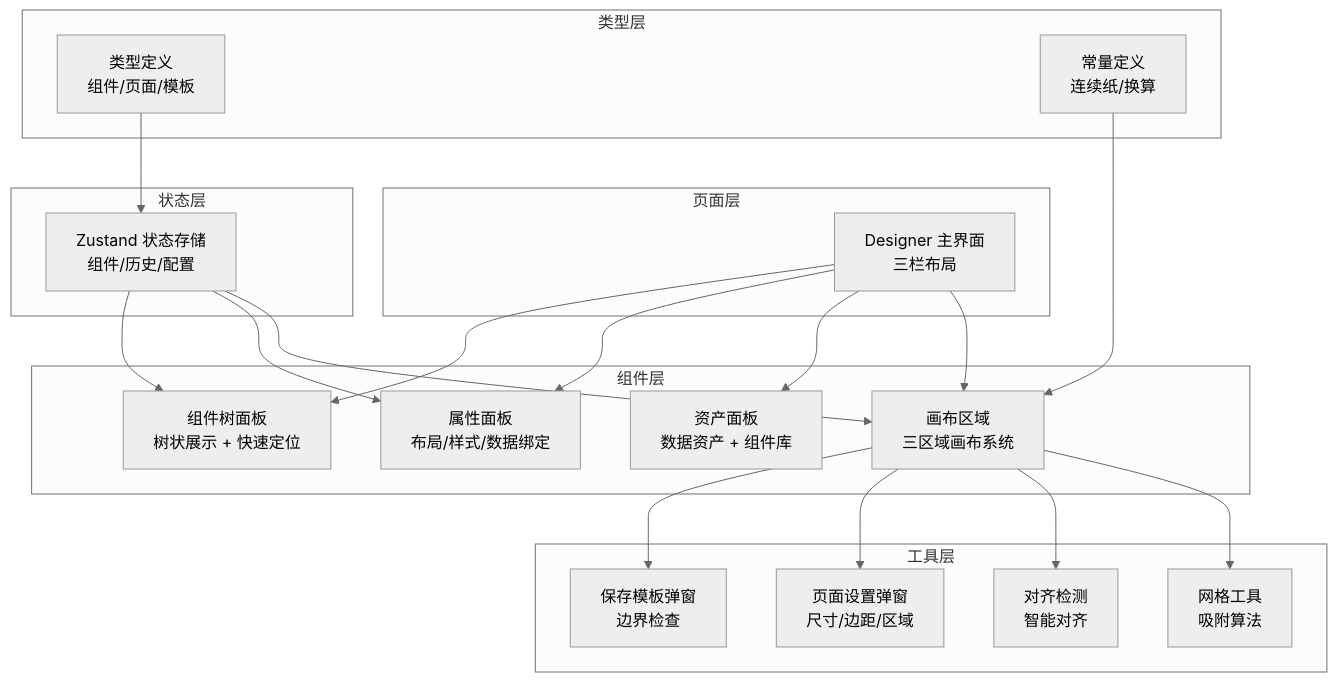
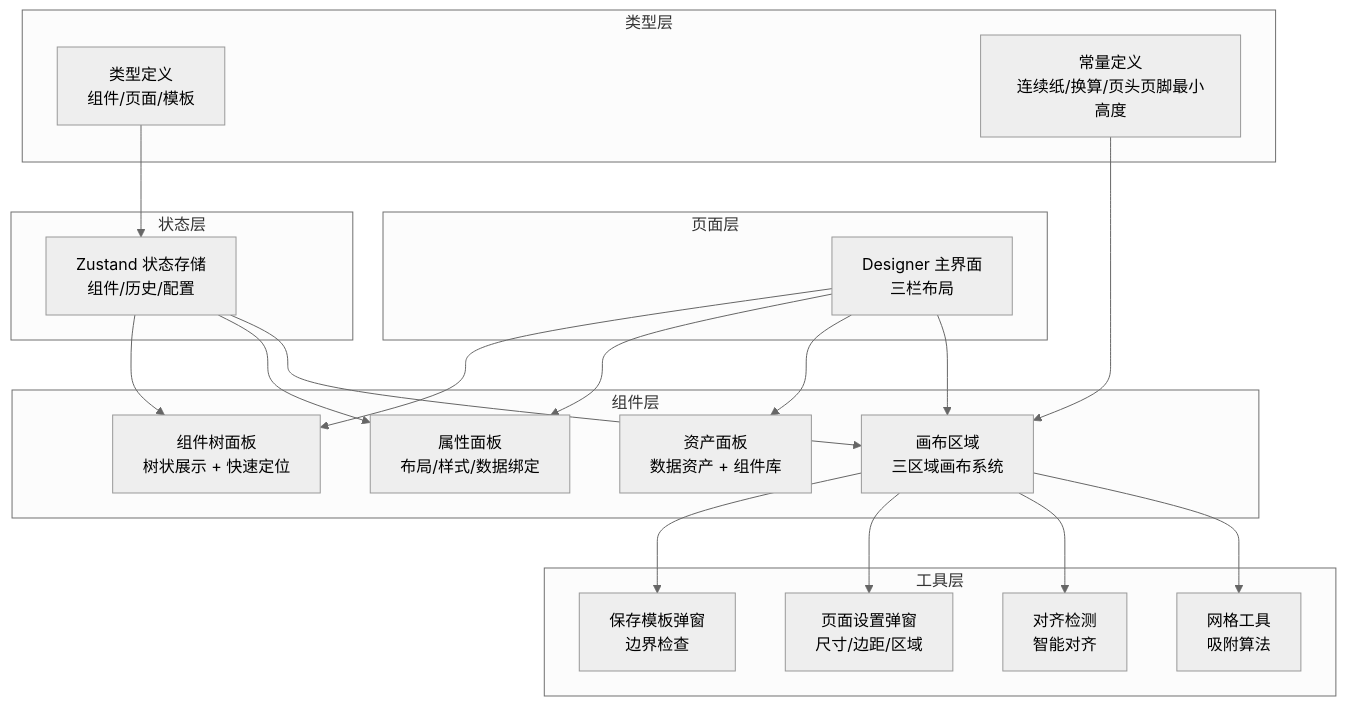
The first of 7 diagrams in .qoder/repowiki/zh/content/项目概述/核心特性/可视化模板设计器/可视化模板设计器.md (joker-yjc/printer), drawn with Mermaid (neutral theme) before and after one commit. The commit also changed other lines of this file and 121 other files, not shown here.

````diff
--- a/.qoder/repowiki/zh/content/项目概述/核心特性/可视化模板设计器/可视化模板设计器.md
+++ b/.qoder/repowiki/zh/content/项目概述/核心特性/可视化模板设计器/可视化模板设计器.md
@@ -43,38 +43,38 @@
 ```mermaid
 graph TB
 subgraph "页面层"
 Designer["Designer 主界面<br/>三栏布局"]
 end
 subgraph "组件层"
 Canvas["画布区域<br/>三区域画布系统"]
 AssetPanel["资产面板<br/>数据资产 + 组件库"]
 PropertyPanel["属性面板<br/>布局/样式/数据绑定"]
 ComponentTree["组件树面板<br/>树状展示 + 快速定位"]
 end
 subgraph "工具层"
 Grid["网格工具<br/>吸附算法"]
 Align["对齐检测<br/>智能对齐"]
 PageSetting["页面设置弹窗<br/>尺寸/边距/区域"]
 SaveModal["保存模板弹窗<br/>边界检查"]
 end
 subgraph "状态层"
 Store["Zustand 状态存储<br/>组件/历史/配置"]
 end
 subgraph "类型层"
 Types["类型定义<br/>组件/页面/模板"]
-Constants["常量定义<br/>连续纸/换算"]
+Constants["常量定义<br/>连续纸/换算/页头页脚最小高度"]
 end
 Designer --> Canvas
 Designer --> AssetPanel
 Designer --> PropertyPanel
 Designer --> ComponentTree
 Canvas --> Grid
 Canvas --> Align
 Canvas --> PageSetting
 Canvas --> SaveModal
 Store --> Canvas
 Store --> PropertyPanel
 Store --> ComponentTree
 Types --> Store
 Constants --> Canvas
 ```
````
